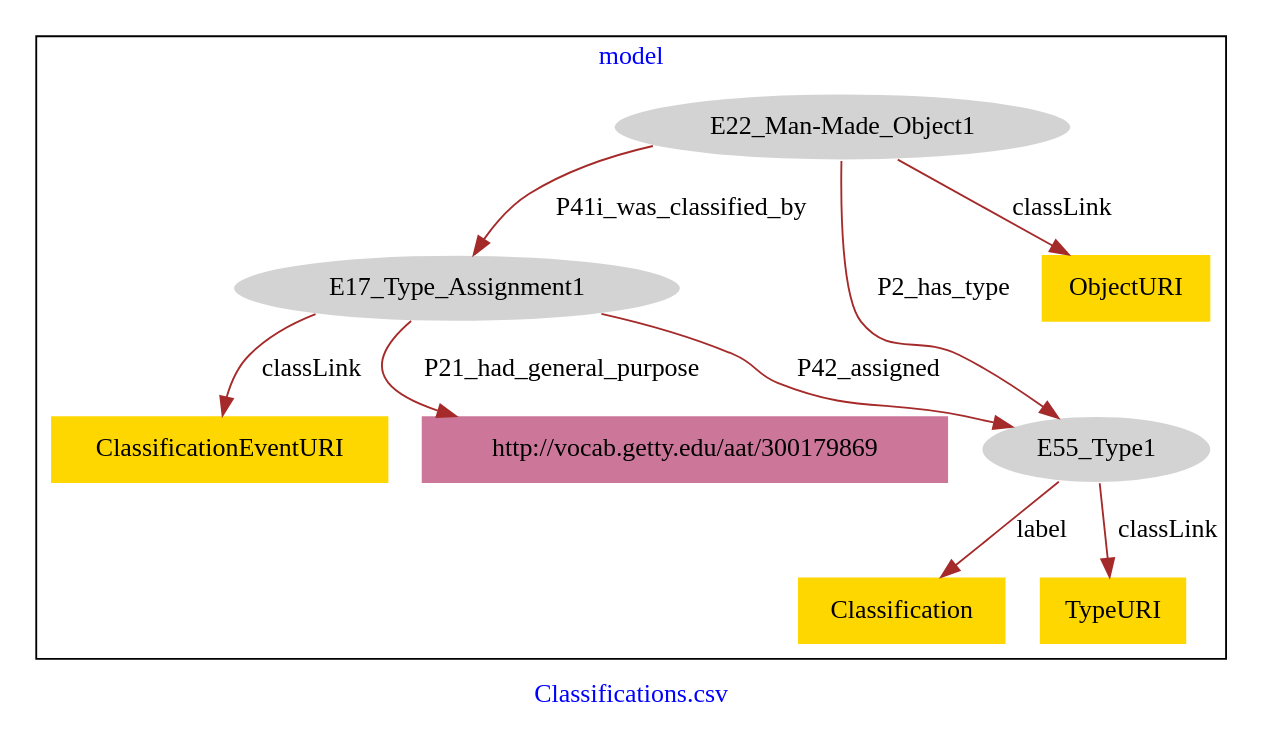
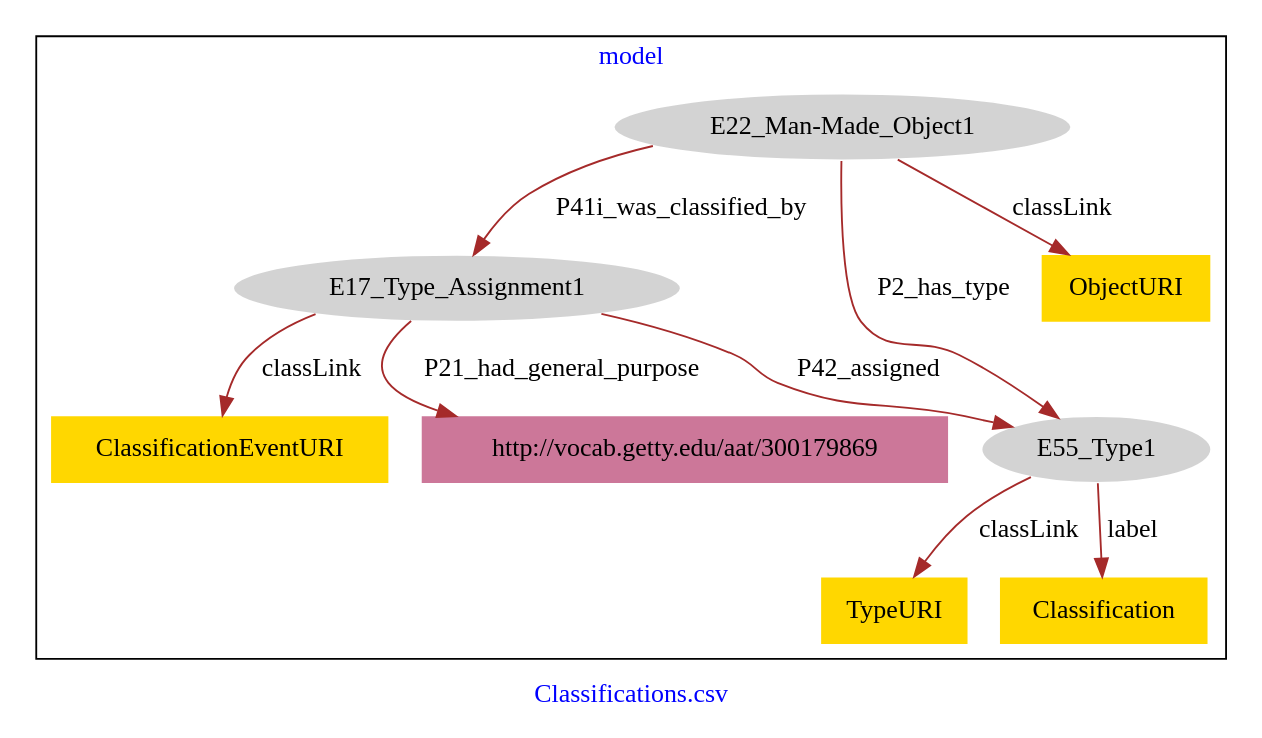
The diagram in Classifications/Classifications-model.dot (american-art/GM), drawn with Graphviz before and after one commit.

Commit message:
Update file Classifications-model.dot

```diff
--- a/Classifications/Classifications-model.dot
+++ b/Classifications/Classifications-model.dot
@@ -1,24 +1,24 @@
 digraph n0 {
 fontcolor="blue"
 remincross="true"
 label="Classifications.csv"
 subgraph cluster {
 label="model"
 n2[style="filled",color="white",fillcolor="lightgray",label="E17_Type_Assignment1"];
 n3[style="filled",color="white",fillcolor="lightgray",label="E55_Type1"];
 n4[style="filled",color="white",fillcolor="lightgray",label="E22_Man-Made_Object1"];
-n5[shape="plaintext",style="filled",fillcolor="gold",label="ObjectURI"];
-n6[shape="plaintext",style="filled",fillcolor="gold",label="ClassificationEventURI"];
+n5[shape="plaintext",style="filled",fillcolor="gold",label="TypeURI"];
+n6[shape="plaintext",style="filled",fillcolor="gold",label="ObjectURI"];
 n7[shape="plaintext",style="filled",fillcolor="gold",label="Classification"];
-n8[shape="plaintext",style="filled",fillcolor="gold",label="TypeURI"];
+n8[shape="plaintext",style="filled",fillcolor="gold",label="ClassificationEventURI"];
 n9[shape="plaintext",style="filled",fillcolor="#CC7799",label="http://vocab.getty.edu/aat/300179869"];
 }
 n2 -> n3[color="brown",fontcolor="black",label="P42_assigned"]
 n4 -> n2[color="brown",fontcolor="black",label="P41i_was_classified_by"]
-n4 -> n5[color="brown",fontcolor="black",label="classLink"]
-n2 -> n6[color="brown",fontcolor="black",label="classLink"]
+n3 -> n5[color="brown",fontcolor="black",label="classLink"]
+n4 -> n6[color="brown",fontcolor="black",label="classLink"]
 n3 -> n7[color="brown",fontcolor="black",label="label"]
-n3 -> n8[color="brown",fontcolor="black",label="classLink"]
+n2 -> n8[color="brown",fontcolor="black",label="classLink"]
 n2 -> n9[color="brown",fontcolor="black",label="P21_had_general_purpose"]
 n4 -> n3[color="brown",fontcolor="black",label="P2_has_type"]
 }
```
